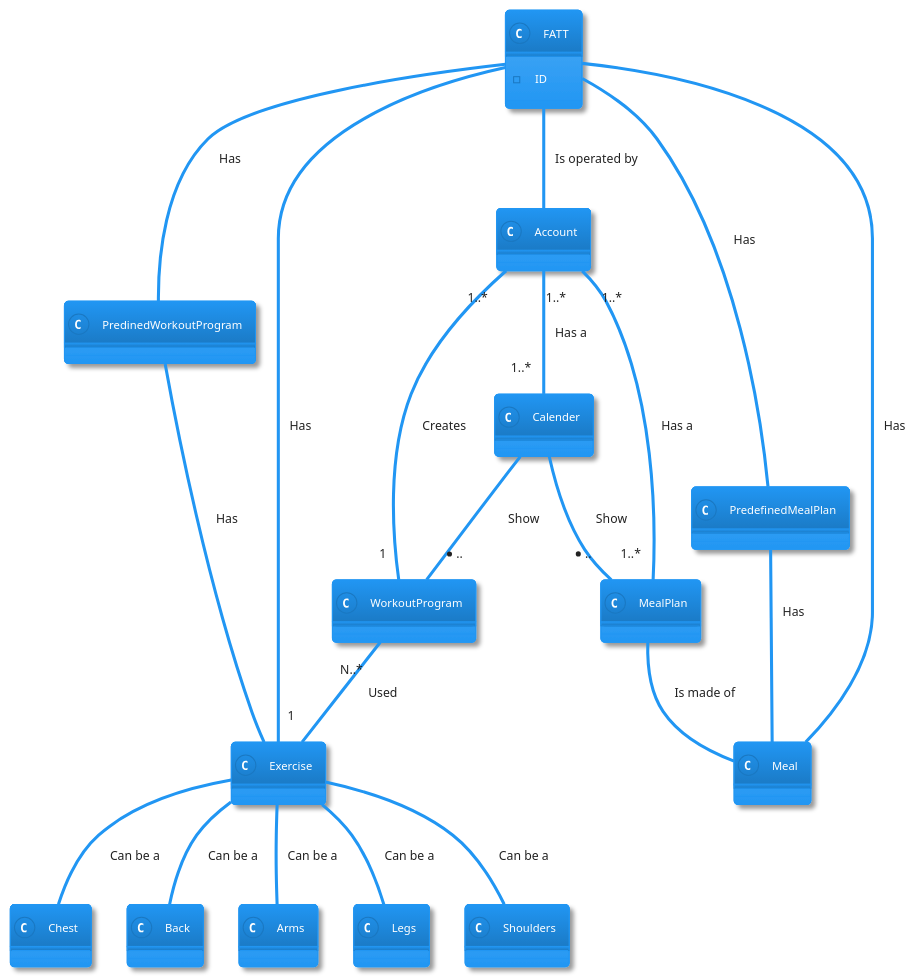
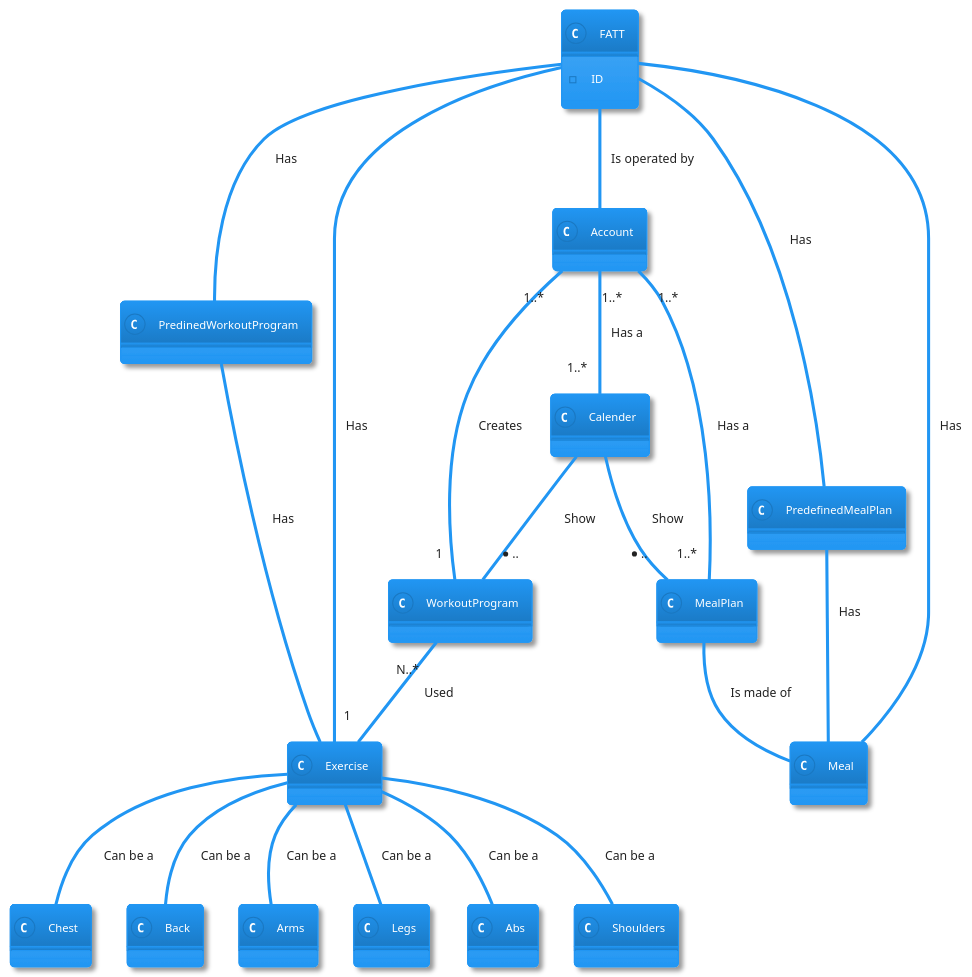
The diagram in UML/PlanUML/DomainModelSimpel.puml (MartinStokholm/PRJ4_Repo), drawn with PlantUML before and after one commit. The commit also changed 1 other file, not shown here.

```diff
--- a/UML/PlanUML/DomainModelSimpel.puml
+++ b/UML/PlanUML/DomainModelSimpel.puml
@@ -1,88 +1,93 @@
 @startuml
 ' !theme carbon-gray
 ' !theme plain
 ' !theme aws-orange
 !theme materia
 
 class Account {
 }
 
 
 Class WorkoutProgram {
 }
 
 class PredinedWorkoutProgram {
 }
 
 class Exercise {
 }
 
 class Chest {
 }
 
 class Back {
 }
 
 class Arms {
 }
 
 class Legs {
 
+}
+
+class Abs{
+    
 }
 
 class Shoulders {
 
 }
 
 class MealPlan {
 
 }
 
 class PredefinedMealPlan {
 
 }
 
 class Meal {
 }
 
 class Calender {
 }
 
 Class FATT {
     - ID
 }
 
 FATT -- Account : Is operated by 
 FATT -- Exercise : Has 
 FATT -- Meal : Has 
 FATT -- PredefinedMealPlan : Has
 FATT -- PredinedWorkoutProgram : Has 
 
 
 Account "1..*" -- "1..*" MealPlan : Has a 
 Account "1..*" -- "1..*" Calender : Has a
 Account "1..*" -- "1" WorkoutProgram : Creates
 
 
 MealPlan -- Meal : Is made of
 PredefinedMealPlan -- Meal : Has
 PredinedWorkoutProgram -- Exercise : Has
 
 
 WorkoutProgram "N..*" -- "1" Exercise : Used  
 
 Exercise -- Chest : Can be a
 Exercise -- Back : Can be a
 Exercise -- Arms : Can be a
 Exercise -- Legs : Can be a
 Exercise -- Shoulders : Can be a
+Exercise -- Abs : Can be a 
 
 Calender -- "*.." WorkoutProgram : Show
 Calender --  "*.." MealPlan : Show
 
 
 
 
 
 
 @enduml
```
